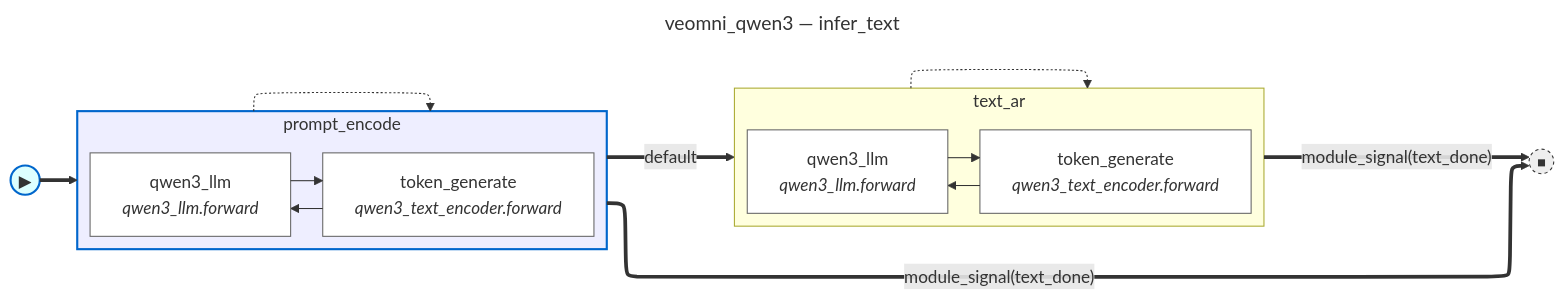
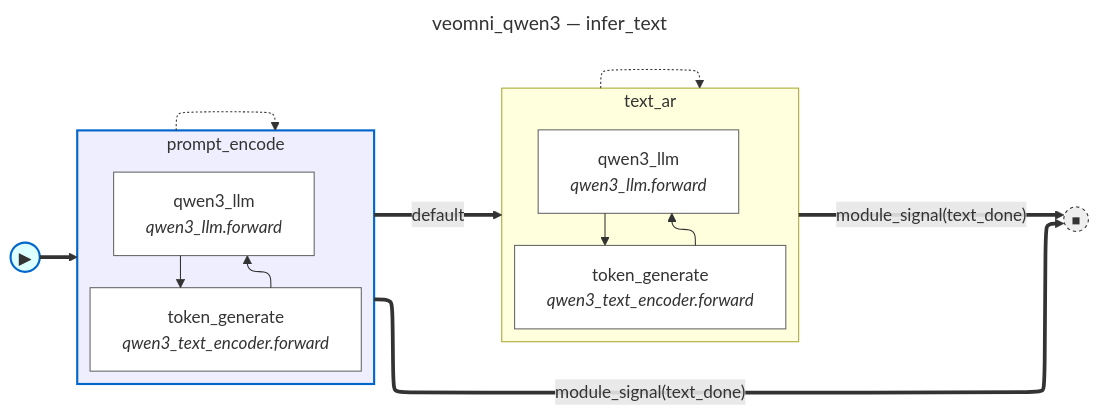
The diagram in graphs/veomni_qwen3/infer_text.mmd (ByteDance-Seed/VeOmni), drawn with Mermaid before and after one commit. The commit also changed 3 other files, not shown here.

Commit message:
chore: update janus/qwen3 graph

```diff
--- a/graphs/veomni_qwen3/infer_text.mmd
+++ b/graphs/veomni_qwen3/infer_text.mmd
@@ -1,31 +1,31 @@
 ---
 title: veomni_qwen3 — infer_text
 ---
 %%{init: {'flowchart': {'defaultRenderer': 'elk'}}}%%
 flowchart LR
     fsm_start(("▶")):::fsm_start
     fsm_done(("⏹")):::fsm_terminal
     subgraph state_prompt_encode [prompt_encode]
-        direction LR
+        direction TB
         prompt_encode__token_generate["token_generate<br/><i>qwen3_text_encoder.forward</i>"]:::body_node
         prompt_encode__qwen3_llm["qwen3_llm<br/><i>qwen3_llm.forward</i>"]:::body_node
         prompt_encode__token_generate --> prompt_encode__qwen3_llm
         prompt_encode__qwen3_llm --> prompt_encode__token_generate
     end
     subgraph state_text_ar [text_ar]
-        direction LR
+        direction TB
         text_ar__token_generate["token_generate<br/><i>qwen3_text_encoder.forward</i>"]:::body_node
         text_ar__qwen3_llm["qwen3_llm<br/><i>qwen3_llm.forward</i>"]:::body_node
         text_ar__token_generate --> text_ar__qwen3_llm
         text_ar__qwen3_llm --> text_ar__token_generate
     end
     state_prompt_encode -.-> state_prompt_encode
     state_text_ar -.-> state_text_ar
     fsm_start ==> state_prompt_encode
     state_prompt_encode ==>|"module_signal(text_done)"| fsm_done
     state_prompt_encode ==>|"default"| state_text_ar
     state_text_ar ==>|"module_signal(text_done)"| fsm_done
     classDef body_node fill:#fff,stroke:#666
     classDef fsm_start fill:#dff,stroke:#06c,stroke-width:2px
     classDef fsm_terminal fill:#eee,stroke:#333,stroke-width:1px,stroke-dasharray:3 3
     style state_prompt_encode fill:#eef,stroke:#06c,stroke-width:2px
```
